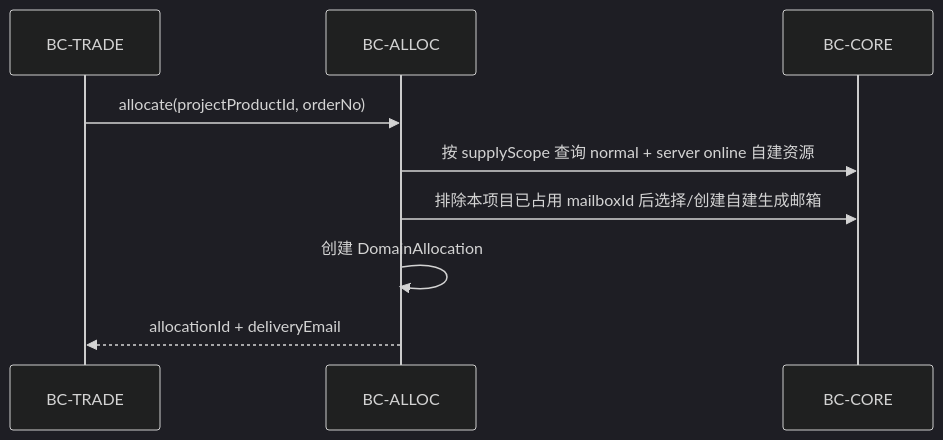
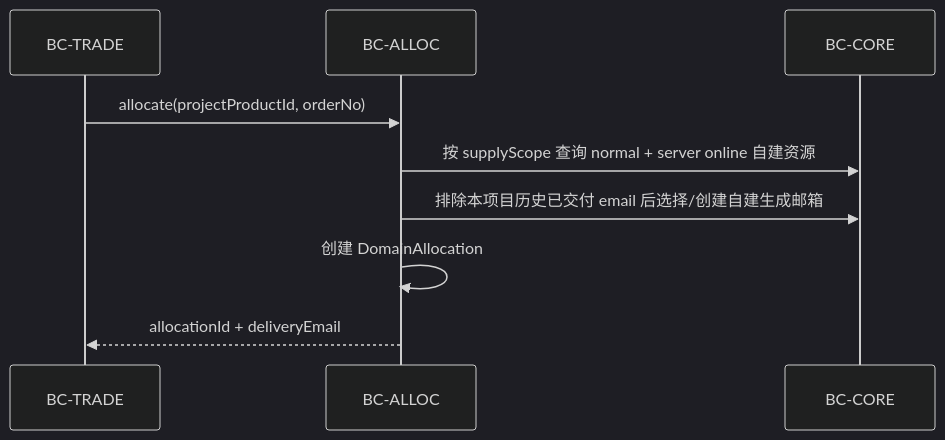
The third of 3 diagrams in docs/2-allocation-routing.md (donnel666/remail), drawn with Mermaid (dark theme) before and after one commit. The commit also changed other lines of this file and 7 other files, not shown here.

````diff
--- a/docs/2-allocation-routing.md
+++ b/docs/2-allocation-routing.md
@@ -176,11 +176,11 @@
 ```mermaid
 sequenceDiagram
     participant T as BC-TRADE
     participant A as BC-ALLOC
     participant C as BC-CORE
     T->>A: allocate(projectProductId, orderNo)
     A->>C: 按 supplyScope 查询 normal + server online 自建资源
-    A->>C: 排除本项目已占用 mailboxId 后选择/创建自建生成邮箱
+    A->>C: 排除本项目历史已交付 email 后选择/创建自建生成邮箱
     A->>A: 创建 DomainAllocation
     A-->>T: allocationId + deliveryEmail
 ```
````
